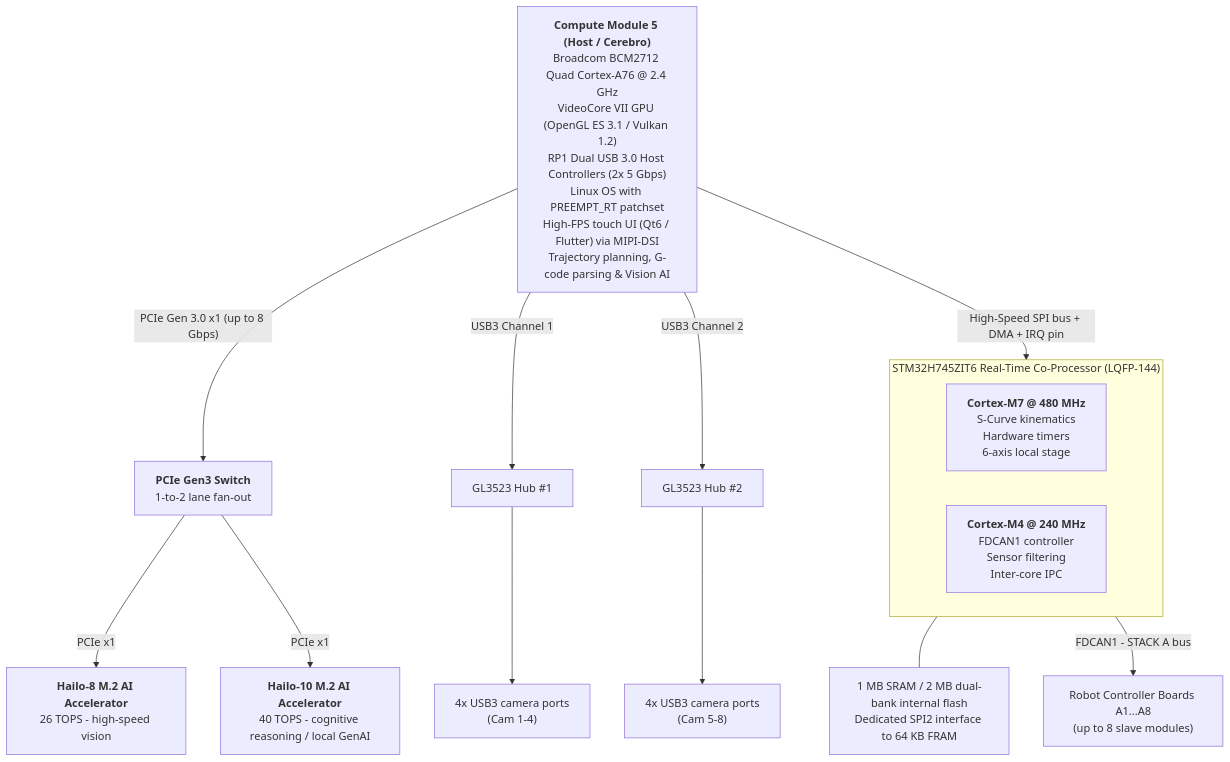
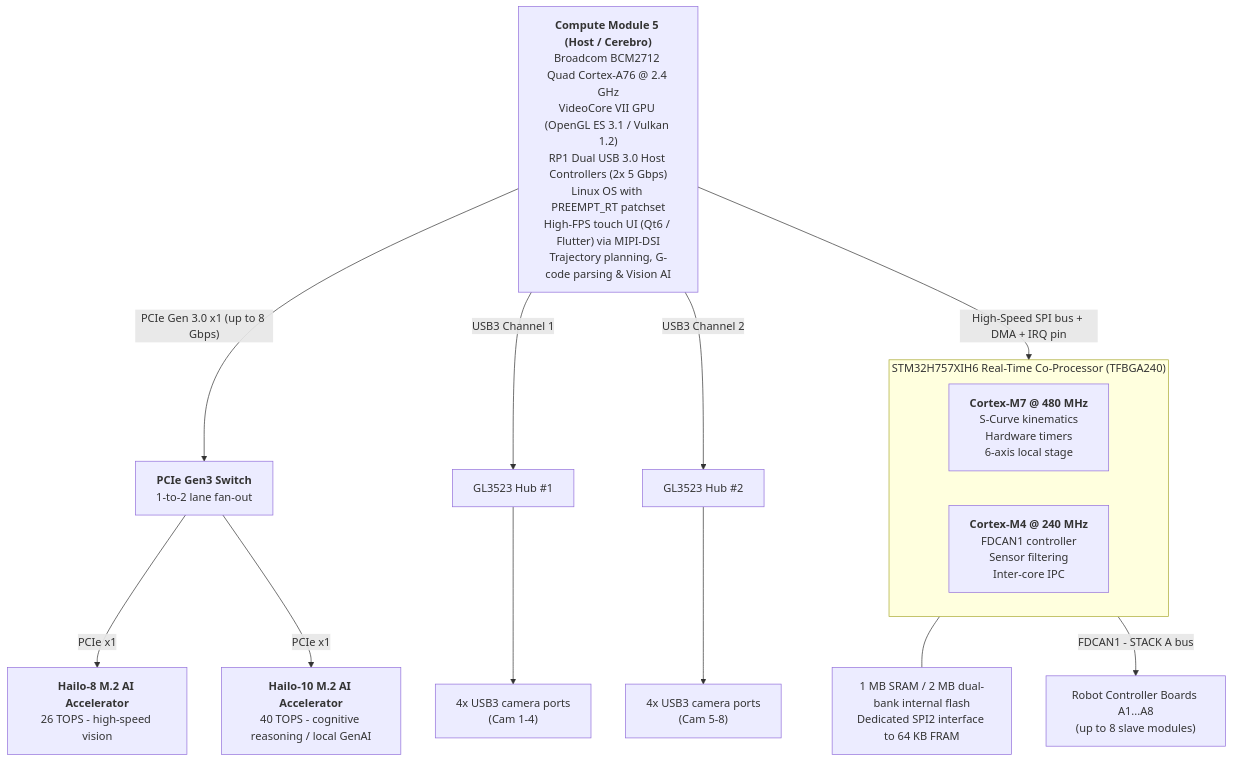
The first of 3 diagrams in README.md (JuanenRac/HYDRA-UMC), drawn with Mermaid before and after one commit. The commit also changed other lines of this file and 41 other files, not shown here.

````diff
--- a/README.md
+++ b/README.md
@@ -89,24 +91,24 @@
 ```mermaid
 flowchart TB
     CM5["<b>Compute Module 5 (Host / Cerebro)</b><br/>Broadcom BCM2712 Quad Cortex-A76 @ 2.4 GHz<br/>VideoCore VII GPU (OpenGL ES 3.1 / Vulkan 1.2)<br/>RP1 Dual USB 3.0 Host Controllers (2x 5 Gbps)<br/>Linux OS with PREEMPT_RT patchset<br/>High-FPS touch UI (Qt6 / Flutter) via MIPI-DSI<br/>Trajectory planning, G-code parsing &amp; Vision AI"]
 
     CM5 -- "PCIe Gen 3.0 x1 (up to 8 Gbps)" --> PCIESW["<b>PCIe Gen3 Switch</b><br/>1-to-2 lane fan-out"]
     PCIESW -- "PCIe x1" --> HAILO8["<b>Hailo-8 M.2 AI Accelerator</b><br/>26 TOPS - high-speed vision"]
     PCIESW -- "PCIe x1" --> HAILO10["<b>Hailo-10 M.2 AI Accelerator</b><br/>40 TOPS - cognitive reasoning / local GenAI"]
     CM5 -- "USB3 Channel 1" --> HUB1["GL3523 Hub #1"]
     CM5 -- "USB3 Channel 2" --> HUB2["GL3523 Hub #2"]
     HUB1 --> CAM14["4x USB3 camera ports<br/>(Cam 1-4)"]
     HUB2 --> CAM58["4x USB3 camera ports<br/>(Cam 5-8)"]
 
     CM5 -- "High-Speed SPI bus + DMA + IRQ pin" --> MCU
 
-    subgraph MCU["STM32H745ZIT6 Real-Time Co-Processor (LQFP-144)"]
+    subgraph MCU["STM32H757XIH6 Real-Time Co-Processor (TFBGA240)"]
         direction LR
         CM7["<b>Cortex-M7 @ 480 MHz</b><br/>S-Curve kinematics<br/>Hardware timers<br/>6-axis local stage"]
         CM4["<b>Cortex-M4 @ 240 MHz</b><br/>FDCAN1 controller<br/>Sensor filtering<br/>Inter-core IPC"]
     end
     MEM["1 MB SRAM / 2 MB dual-bank internal flash<br/>Dedicated SPI2 interface to 64 KB FRAM"]
     MCU --- MEM
 
     MCU -- "FDCAN1 - STACK A bus" --> ROBOTS["Robot Controller Boards A1...A8<br/>(up to 8 slave modules)"]
 ```
````
